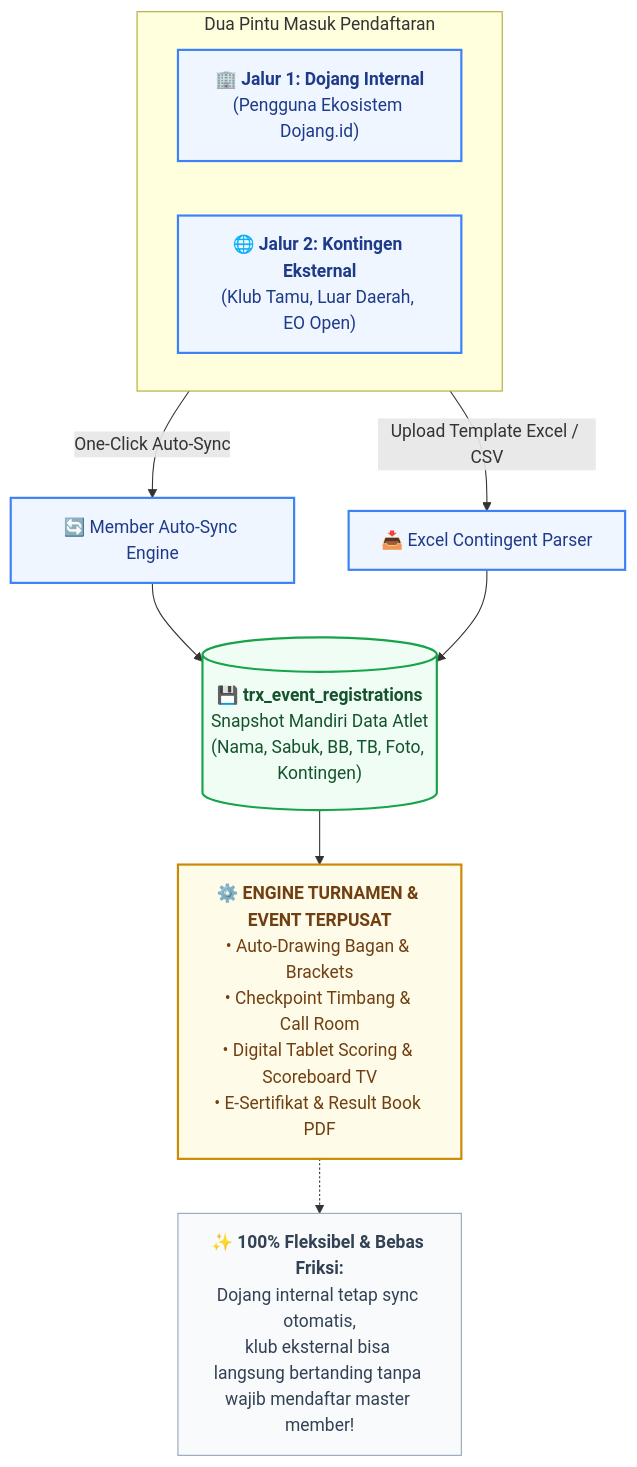
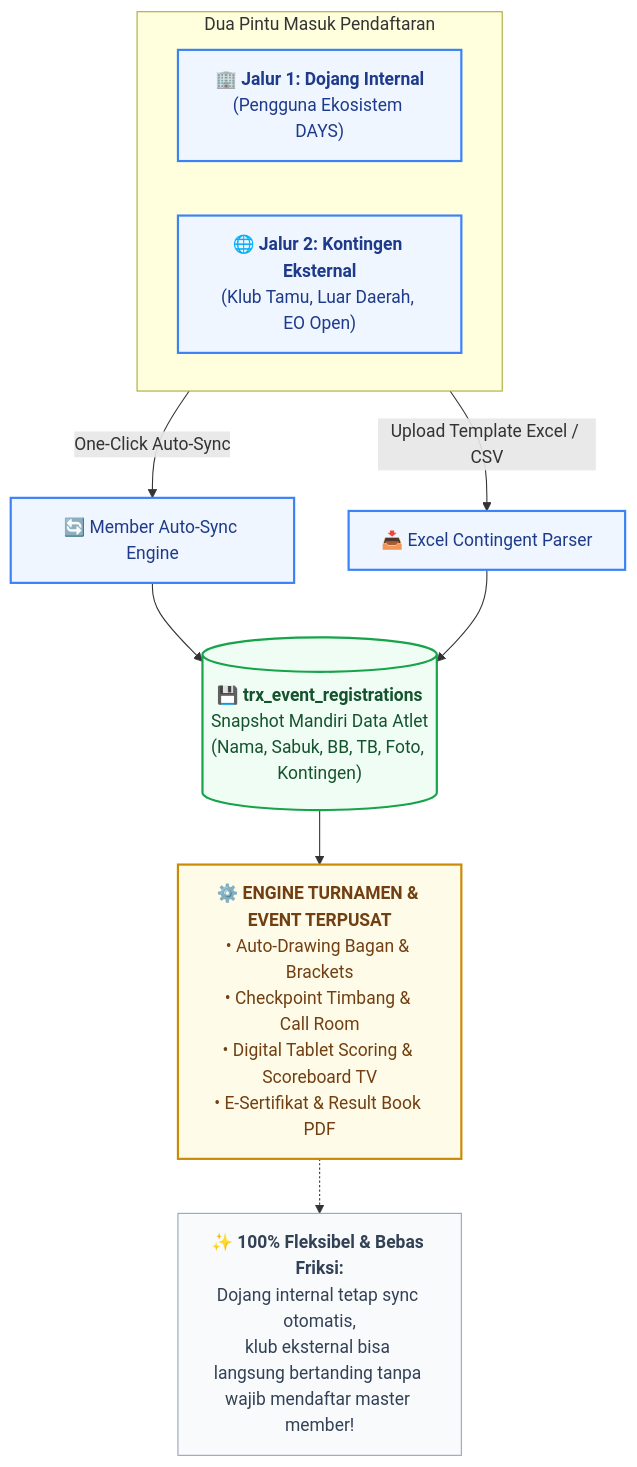
The fifth of 5 diagrams in content/ideas/dojang-management/modules/days-executive/SHOWCASE.md (dojangsystem-ai/days), drawn with Mermaid before and after one commit. The commit also changed other lines of this file and 18 other files, not shown here.

Commit message:
refactor: rebrand product name to DAYS across documentation and update roadmap structure

````diff
--- a/content/ideas/dojang-management/modules/days-executive/SHOWCASE.md
+++ b/content/ideas/dojang-management/modules/days-executive/SHOWCASE.md
@@ -364,29 +364,29 @@
 ```mermaid
 flowchart TB
     subgraph INTAKE["Dua Pintu Masuk Pendaftaran"]
         direction LR
-        P1["🏢 <b>Jalur 1: Dojang Internal</b><br/>(Pengguna Ekosistem Dojang.id)"]
+        P1["🏢 <b>Jalur 1: Dojang Internal</b><br/>(Pengguna Ekosistem DAYS)"]
         P2["🌐 <b>Jalur 2: Kontingen Eksternal</b><br/>(Klub Tamu, Luar Daerah, EO Open)"]
     end
 
     P1 -->|One-Click Auto-Sync| SYNC["🔄 Member Auto-Sync Engine"]
     P2 -->|Upload Template Excel / CSV| GUEST["📥 Excel Contingent Parser"]
 
     SYNC --> REG_STORE[("💾 <b>trx_event_registrations</b><br/>Snapshot Mandiri Data Atlet<br/>(Nama, Sabuk, BB, TB, Foto, Kontingen)")]
     GUEST --> REG_STORE
 
     REG_STORE --> CORE["⚙️ <b>ENGINE TURNAMEN & EVENT TERPUSAT</b><br/>• Auto-Drawing Bagan & Brackets<br/>• Checkpoint Timbang & Call Room<br/>• Digital Tablet Scoring & Scoreboard TV<br/>• E-Sertifikat & Result Book PDF"]
 
     note["✨ <b>100% Fleksibel & Bebas Friksi:</b><br/>Dojang internal tetap sync otomatis,<br/>klub eksternal bisa langsung bertanding tanpa wajib mendaftar master member!"]
     CORE -.-> note
 
     classDef intakeStyle fill:#eff6ff,stroke:#3b82f6,stroke-width:2px,color:#1e3a8a;
     classDef storeStyle fill:#f0fdf4,stroke:#16a34a,stroke-width:2px,color:#14532d;
     classDef coreStyle fill:#fefce8,stroke:#ca8a04,stroke-width:2px,color:#713f12;
     classDef noteStyle fill:#f8fafc,stroke:#94a3b8,stroke-width:1px,color:#334155;
 
     class P1,P2,SYNC,GUEST intakeStyle;
     class REG_STORE storeStyle;
     class CORE coreStyle;
     class note noteStyle;
 ```
````
